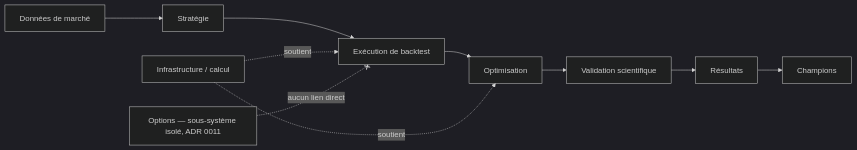
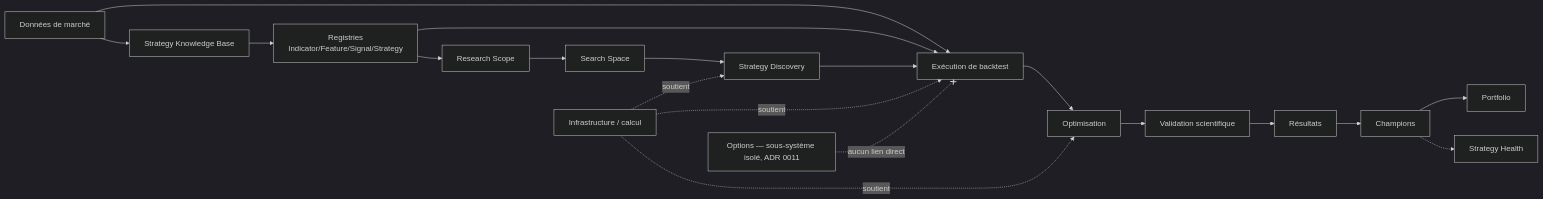
The first of 3 diagrams in docs/architecture/DOMAIN_MODEL.md (crashboom34/backtest-nasdaq-revolution), drawn with Mermaid (dark theme) before and after one commit. The commit also changed other lines of this file and 13 other files, not shown here.

````diff
--- a/docs/architecture/DOMAIN_MODEL.md
+++ b/docs/architecture/DOMAIN_MODEL.md
@@ -17,12 +28,21 @@
 ```mermaid
 flowchart LR
-    MD[Données de marché] --> STRAT[Stratégie]
-    STRAT --> EXEC[Exécution de backtest]
+    MD[Données de marché] --> KB[Strategy Knowledge Base]
+    KB --> REG[Registries<br/>Indicator/Feature/Signal/Strategy]
+    REG --> SCOPE[Research Scope]
+    SCOPE --> SPACE[Search Space]
+    SPACE --> DISC[Strategy Discovery]
+    MD --> EXEC[Exécution de backtest]
+    REG --> EXEC
+    DISC --> EXEC
     EXEC --> OPT[Optimisation]
     OPT --> VAL[Validation scientifique]
     VAL --> RES[Résultats]
     RES --> CHAMP[Champions]
+    CHAMP --> PORT[Portfolio]
+    CHAMP -.-> HEALTH[Strategy Health]
     INFRA[Infrastructure / calcul] -.soutient.-> EXEC
     INFRA -.soutient.-> OPT
+    INFRA -.soutient.-> DISC
     OPT2[Options — sous-système isolé, ADR 0011] -.aucun lien direct.-x EXEC
 ```
````
